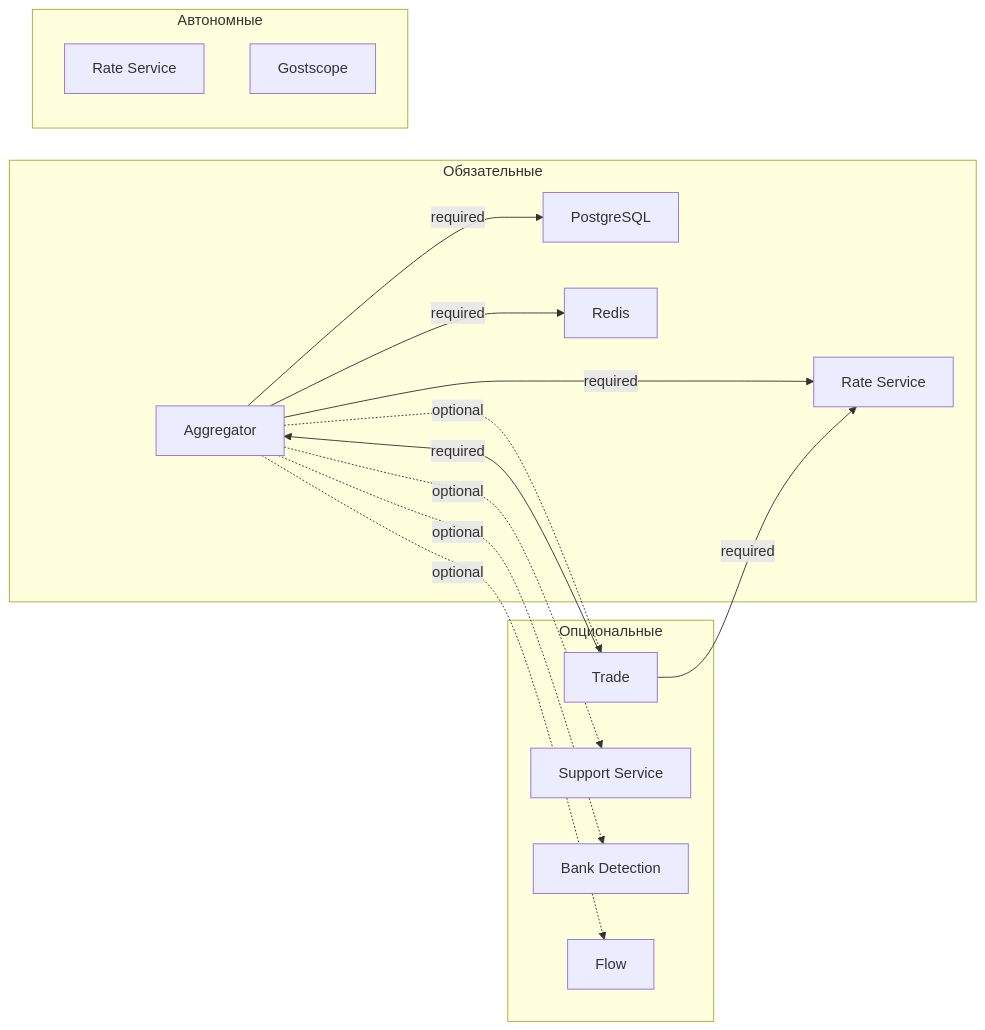
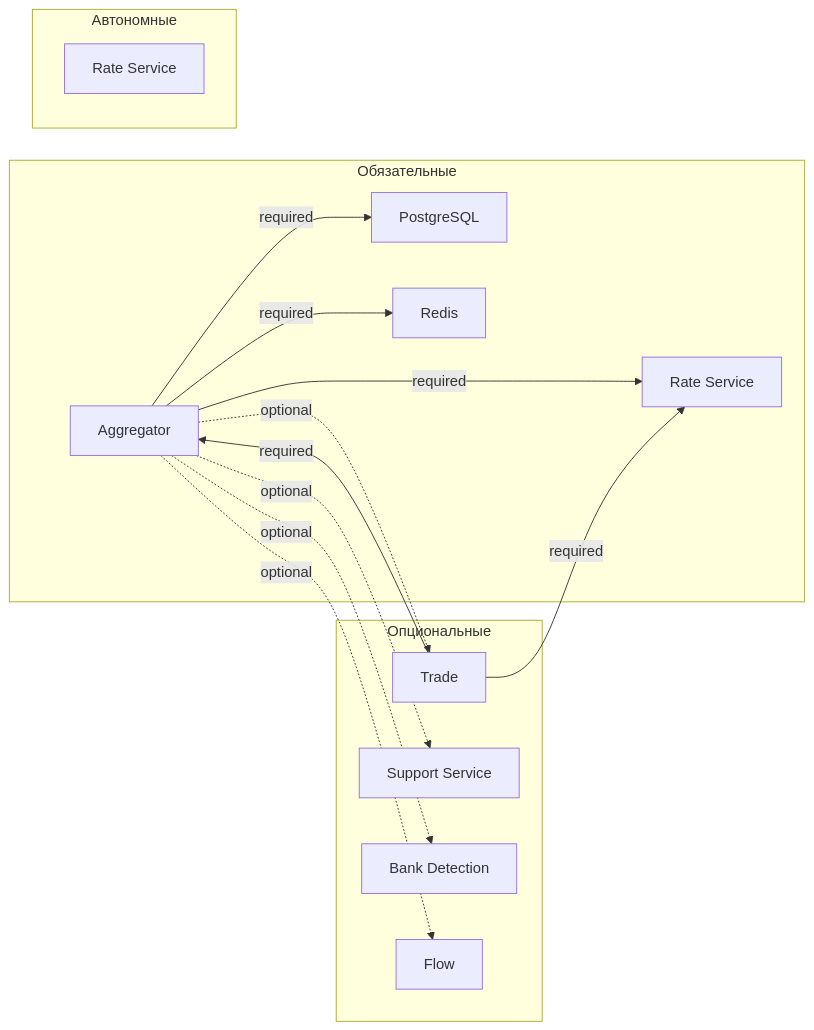
One commit to sevakode/gostex-docs changed the fifth of 5 diagrams in architecture.md. Above: the diagram before and after it, drawn with Mermaid. The commit also changed other lines of this file and 13 other files, not shown here.

````diff
--- a/architecture.md
+++ b/architecture.md
@@ -506,33 +515,32 @@
 ```mermaid
 graph LR
     subgraph Required["Обязательные"]
         AGG["Aggregator"]
         RATE["Rate Service"]
         PG["PostgreSQL"]
         REDIS["Redis"]
     end
     
     subgraph Optional["Опциональные"]
         TRADE["Trade"]
         SUPPORT["Support Service"]
         BANK["Bank Detection"]
         FLOW["Flow"]
     end
     
     subgraph Standalone["Автономные"]
         RATE2["Rate Service"]
-        GOSTSCOPE["Gostscope"]
     end
 
     AGG -->|"required"| RATE
     AGG -->|"required"| PG
     AGG -->|"required"| REDIS
     
     AGG -.->|"optional"| TRADE
     AGG -.->|"optional"| SUPPORT
     AGG -.->|"optional"| BANK
     AGG -.->|"optional"| FLOW
     
     TRADE -->|"required"| AGG
     TRADE -->|"required"| RATE
 ```
````
